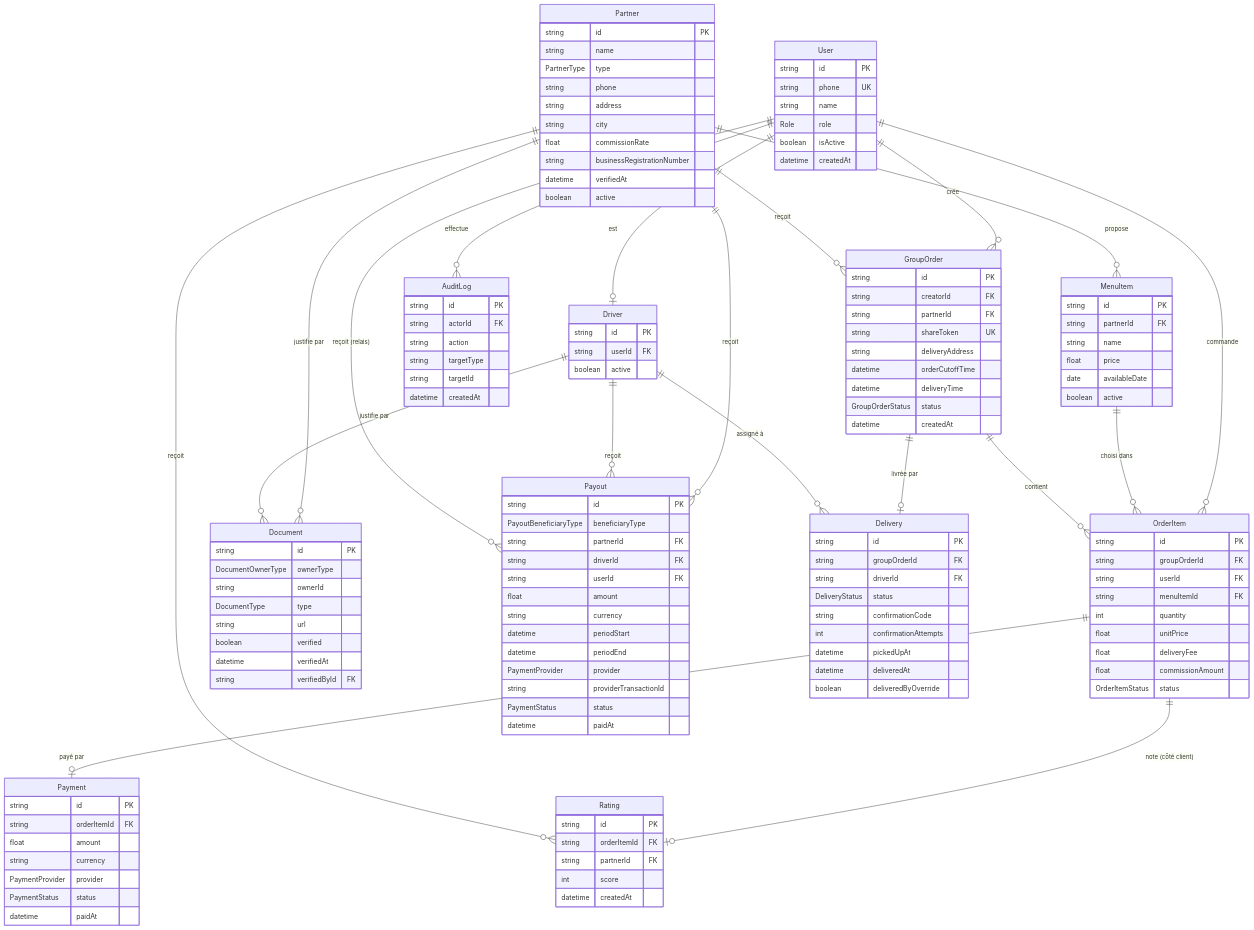
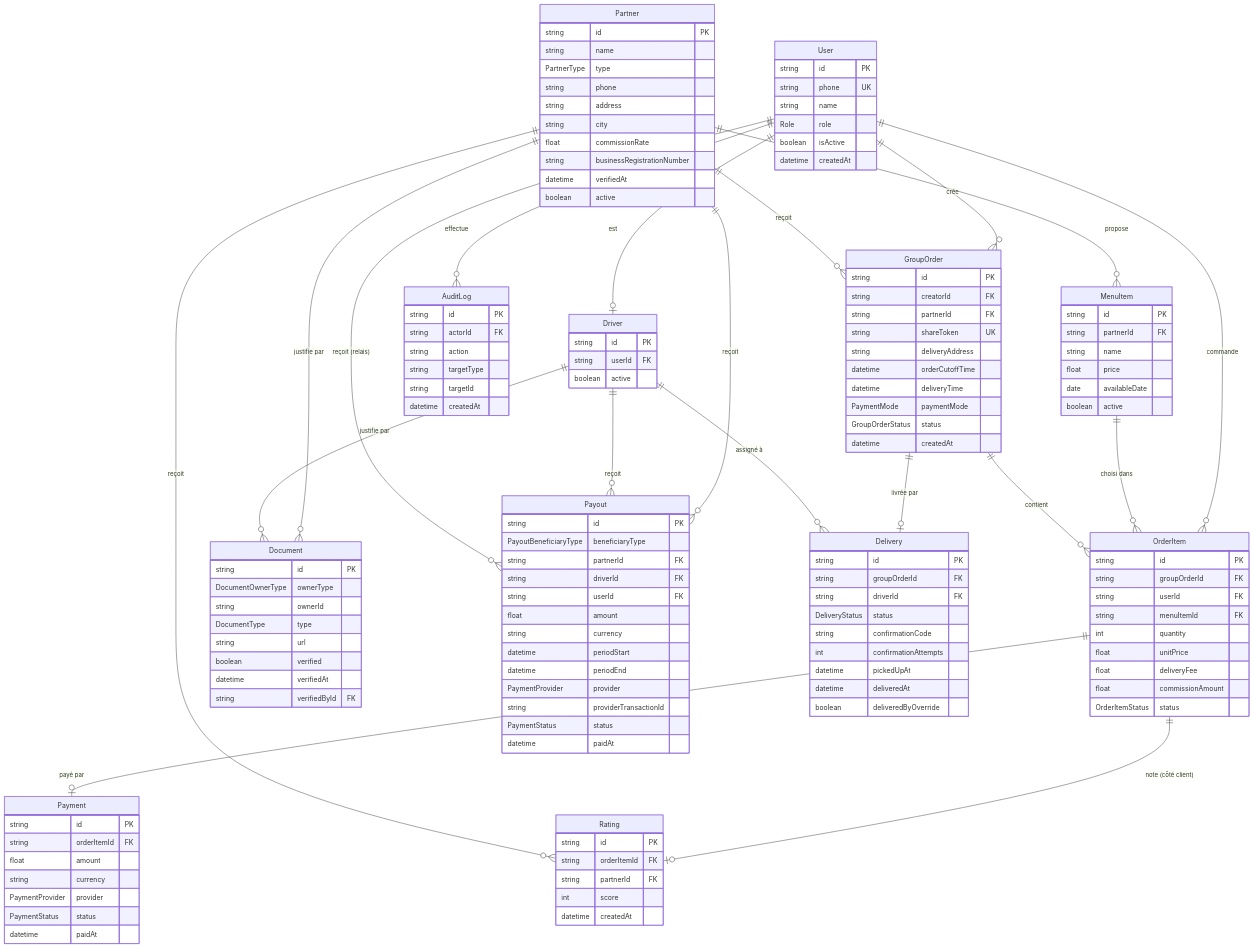
The diagram in docs/08-schema-donnees.md (mtk14m/toctoc), drawn with Mermaid before and after one commit. The commit also changed other lines of this file and 6 other files, not shown here.

```diff
--- a/docs/08-schema-donnees.md
+++ b/docs/08-schema-donnees.md
@@ -69,6 +69,7 @@
         string deliveryAddress
         datetime orderCutoffTime
         datetime deliveryTime
+        PaymentMode paymentMode
         GroupOrderStatus status
         datetime createdAt
     }
```
